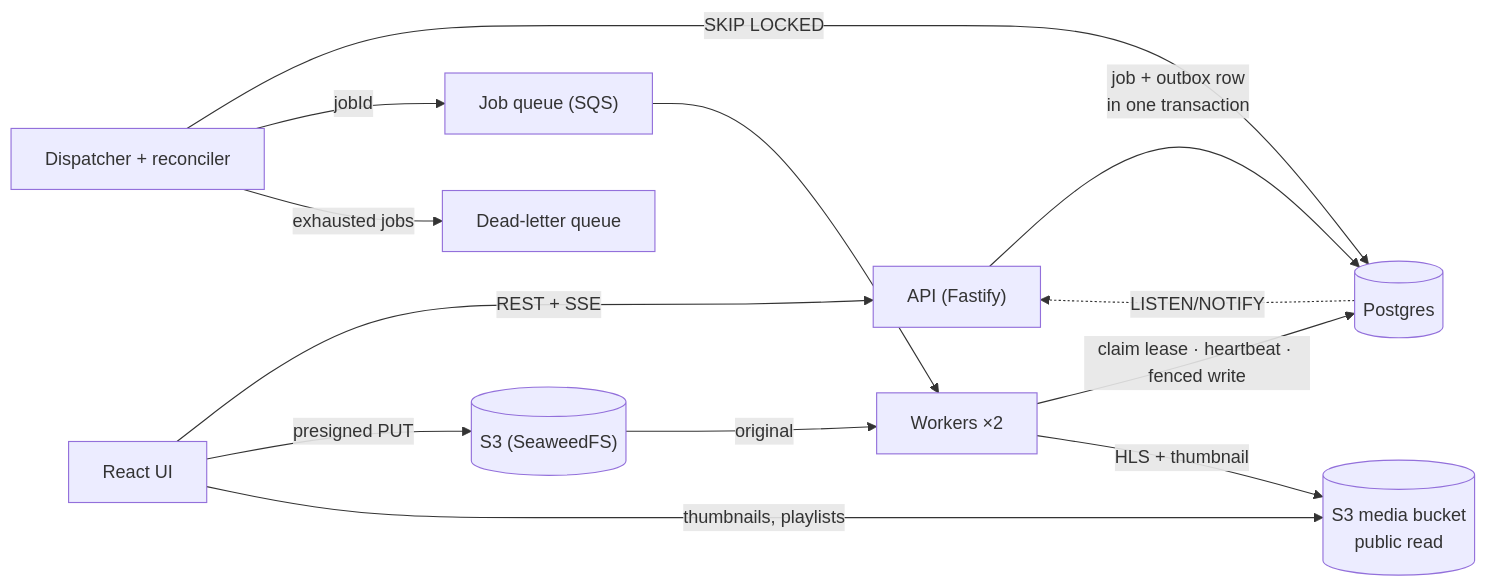
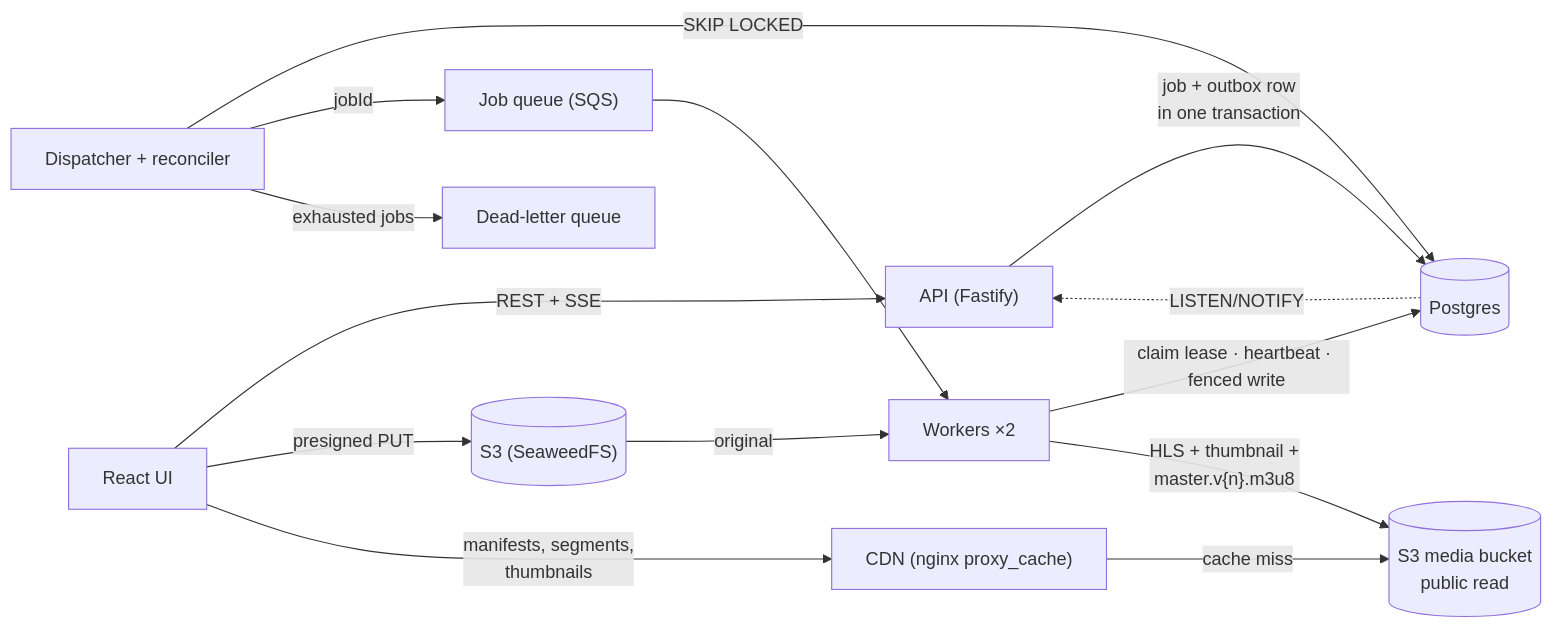
Before and after one commit to bryancarrillo1/video-processing-pipeline: the diagram in README.md, drawn with Mermaid. The commit also changed other lines of this file and 27 other files, not shown here.

````diff
--- a/README.md
+++ b/README.md
@@ -46,15 +56,16 @@
 ```mermaid
 flowchart LR
   C["React UI"] -->|"REST + SSE"| API["API (Fastify)"]
   C -->|"presigned PUT"| S3[("S3 (SeaweedFS)")]
   API -->|"job + outbox row<br/>in one transaction"| PG[("Postgres")]
   PG -. "LISTEN/NOTIFY" .-> API
   D["Dispatcher + reconciler"] -->|"SKIP LOCKED"| PG
   D -->|"jobId"| Q["Job queue (SQS)"]
   D -->|"exhausted jobs"| DLQ["Dead-letter queue"]
   Q --> W["Workers ×2"]
   W -->|"claim lease · heartbeat · fenced write"| PG
   S3 -->|"original"| W
-  W -->|"HLS + thumbnail"| MEDIA[("S3 media bucket<br/>public read")]
-  C -->|"thumbnails, playlists"| MEDIA
+  W -->|"HLS + thumbnail +<br/>master.v{n}.m3u8"| MEDIA[("S3 media bucket<br/>public read")]
+  C -->|"manifests, segments,<br/>thumbnails"| CDN["CDN (nginx proxy_cache)"]
+  CDN -->|"cache miss"| MEDIA
 ```
````
